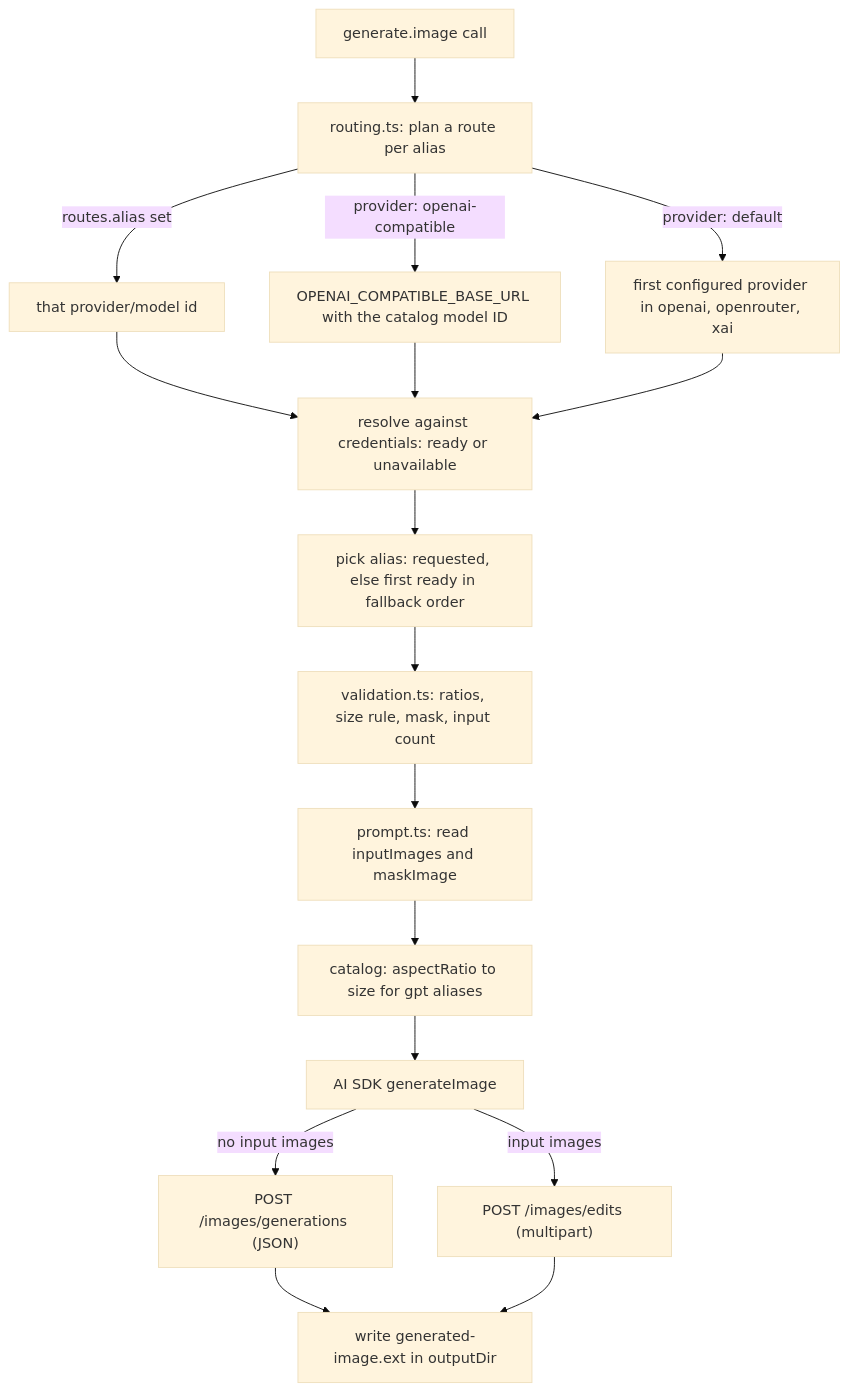
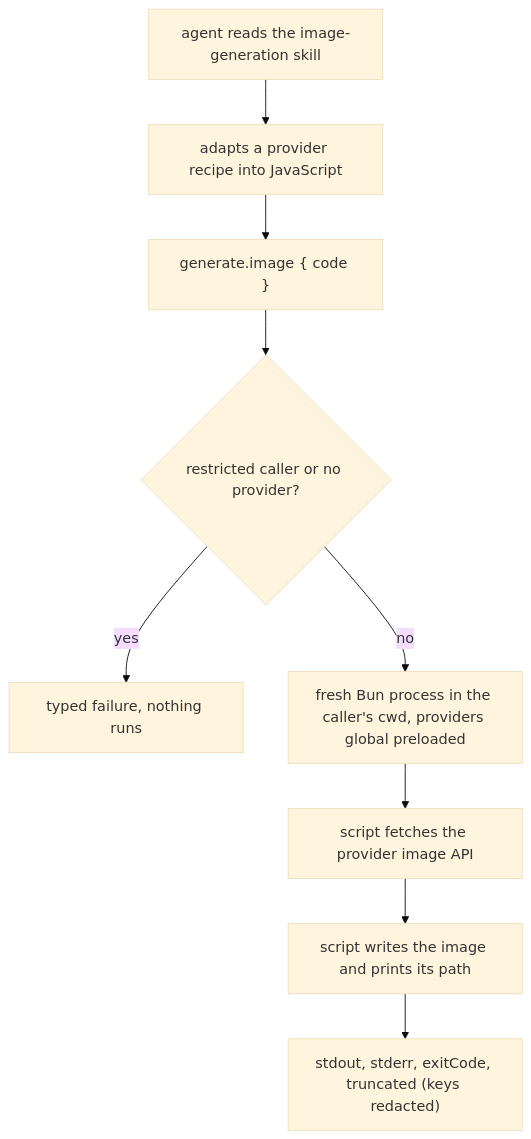
The diagram in docs/generate-image-openai-compatible.md (DF-wu/lilac-mono), drawn with Mermaid (base theme) before and after one commit. The commit also changed other lines of this file and 10 other files, not shown here.

First line of the commit message:
docs(fork): document the image script runner and its OpenAI-compatible provider

````diff
--- a/docs/generate-image-openai-compatible.md
+++ b/docs/generate-image-openai-compatible.md
@@ -41,19 +25,11 @@
 ```mermaid
 flowchart TD
-    Call["generate.image call"] --> Plan["routing.ts: plan a route per alias"]
-    Plan -->|routes.alias set| Explicit["that provider/model id"]
-    Plan -->|provider: openai-compatible| Bulk["OPENAI_COMPATIBLE_BASE_URL with the catalog model ID"]
-    Plan -->|provider: default| Default["first configured provider in openai, openrouter, xai"]
-    Explicit --> Resolve["resolve against credentials: ready or unavailable"]
-    Bulk --> Resolve
-    Default --> Resolve
-    Resolve --> Pick["pick alias: requested, else first ready in fallback order"]
-    Pick --> Validate["validation.ts: ratios, size rule, mask, input count"]
-    Validate --> Prompt["prompt.ts: read inputImages and maskImage"]
-    Prompt --> Dims["catalog: aspectRatio to size for gpt aliases"]
-    Dims --> Send["AI SDK generateImage"]
-    Send -->|no input images| Gen["POST /images/generations (JSON)"]
-    Send -->|input images| Edit["POST /images/edits (multipart)"]
-    Gen --> Write["write generated-image.ext in outputDir"]
-    Edit --> Write
+    Agent["agent reads the image-generation skill"] --> Script["adapts a provider recipe into JavaScript"]
+    Script --> Call["generate.image { code }"]
+    Call --> Guard{"restricted caller or no provider?"}
+    Guard -->|yes| Fail["typed failure, nothing runs"]
+    Guard -->|no| Spawn["fresh Bun process in the caller's cwd, providers global preloaded"]
+    Spawn --> Fetch["script fetches the provider image API"]
+    Fetch --> Write["script writes the image and prints its path"]
+    Write --> Result["stdout, stderr, exitCode, truncated (keys redacted)"]
 ```
````
